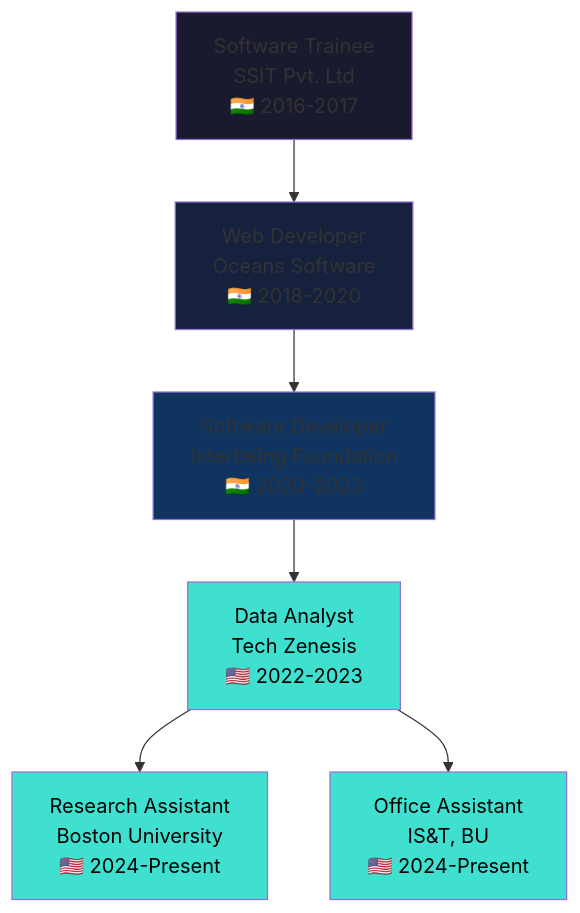
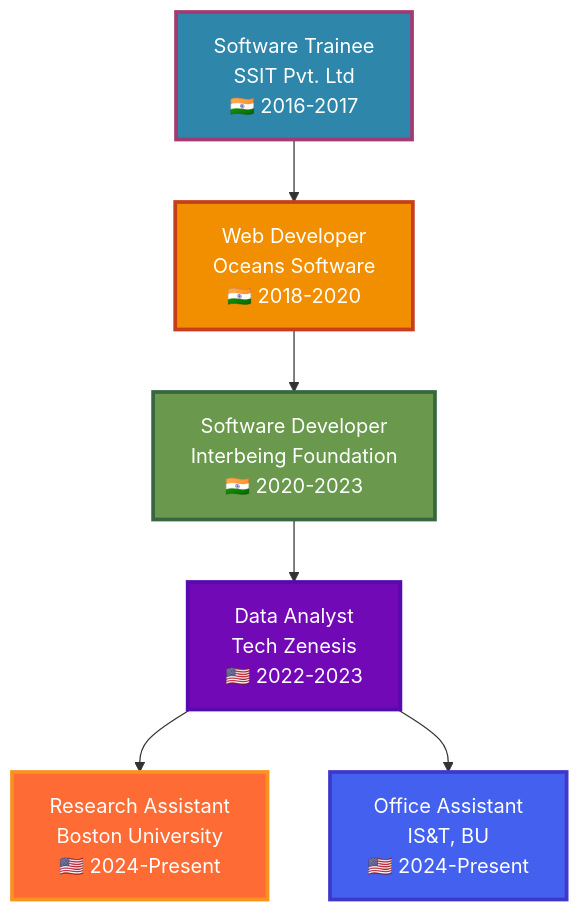
Before and after one commit to poojasukhdeve-project/poojasukhdeve-project: the diagram in README.md, drawn with Mermaid.

````diff
--- a/README.md
+++ b/README.md
@@ -107,15 +107,16 @@
 ```mermaid
 graph TD
     A[Software Trainee<br/>SSIT Pvt. Ltd<br/>🇮🇳 2016-2017] --> B[Web Developer<br/>Oceans Software<br/>🇮🇳 2018-2020]
     B --> C[Software Developer<br/>Interbeing Foundation<br/>🇮🇳 2020-2023]
     C --> D[Data Analyst<br/>Tech Zenesis<br/>🇺🇸 2022-2023]
     D --> E[Research Assistant<br/>Boston University<br/>🇺🇸 2024-Present]
     D --> F[Office Assistant<br/>IS&T, BU<br/>🇺🇸 2024-Present]
     
-    style A fill:#1a1a2e
-    style B fill:#16213e
-    style C fill:#0f3460
-    style D fill:#40e0d0,color:#000
-    style E fill:#40e0d0,color:#000
-    style F fill:#40e0d0,color:#000
+style A fill:#2E86AB,stroke:#A23B72,stroke-width:3px,color:#ffffff
+    style B fill:#F18F01,stroke:#C73E1D,stroke-width:3px,color:#ffffff
+    style C fill:#6A994E,stroke:#386641,stroke-width:3px,color:#ffffff
+    style D fill:#7209B7,stroke:#560BAD,stroke-width:3px,color:#ffffff
+    style E fill:#FF6B35,stroke:#F7931E,stroke-width:3px,color:#ffffff
+    style F fill:#4361EE,stroke:#3F37C9,stroke-width:3px,color:#ffffff
+
 ```
````
